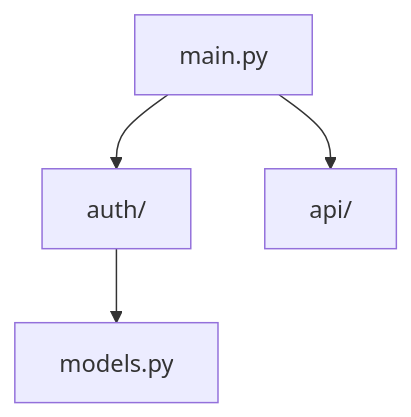
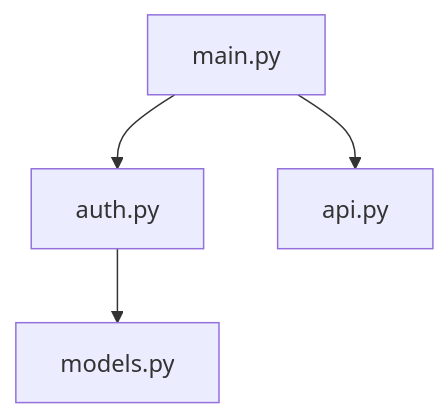
One commit to rysweet/amplihack-rs changed the diagram in amplifier-bundle/skills/code-visualizer/README.md. Above: the diagram before and after it, drawn with Mermaid. The commit also changed other lines of this file and 23 other files, not shown here.

````diff
--- a/amplifier-bundle/skills/code-visualizer/README.md
+++ b/amplifier-bundle/skills/code-visualizer/README.md
@@ -27,6 +45,6 @@
 ```mermaid
 flowchart TD
-    main[main.py] --> auth[auth/]
-    main --> api[api/]
-    auth --> models[models.py]
+    main_py["main.py"] --> auth_py["auth.py"]
+    main_py --> api_py["api.py"]
+    auth_py --> models_py["models.py"]
 ```
````
